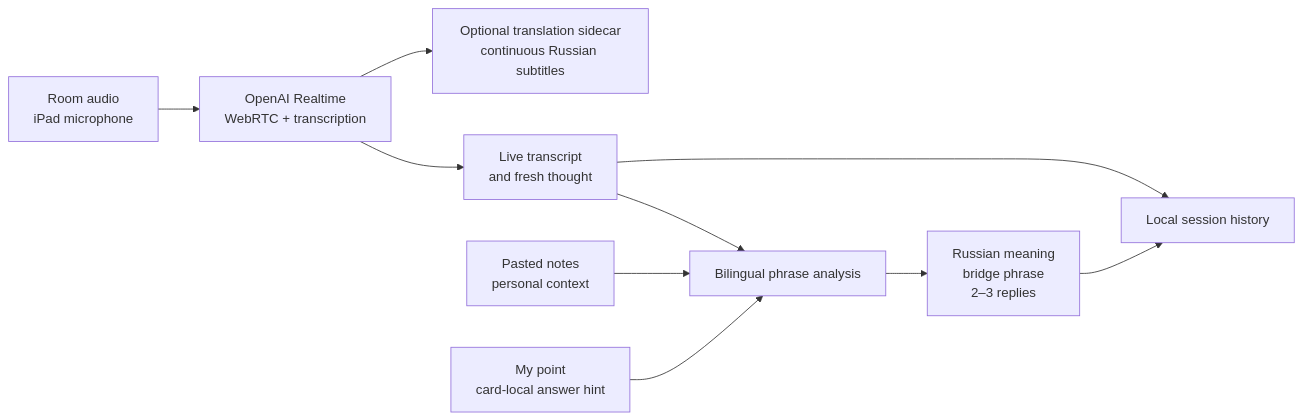
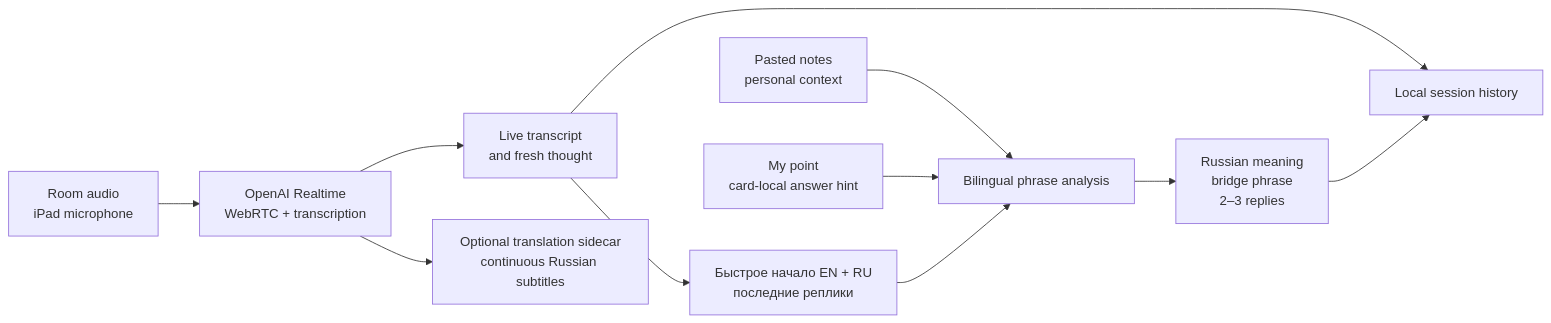
One commit to filimo/EchoGuide.ai changed the diagram in README.md. Above: the diagram before and after it, drawn with Mermaid. The commit also changed other lines of this file and 13 other files, not shown here.

````diff
--- a/README.md
+++ b/README.md
@@ -53,12 +55,13 @@
 ```mermaid
 flowchart LR
     A["Room audio<br/>iPad microphone"] --> B["OpenAI Realtime<br/>WebRTC + transcription"]
     B --> C["Live transcript<br/>and fresh thought"]
     B --> X["Optional translation sidecar<br/>continuous Russian subtitles"]
     D["Pasted notes<br/>personal context"] --> E["Bilingual phrase analysis"]
     P["My point<br/>card-local answer hint"] --> E
-    C --> E
+    C --> Q["Быстрое начало EN + RU<br/>последние реплики"]
+    Q --> E
     E --> F["Russian meaning<br/>bridge phrase<br/>2–3 replies"]
     C --> G["Local session history"]
     F --> G
 ```
````
